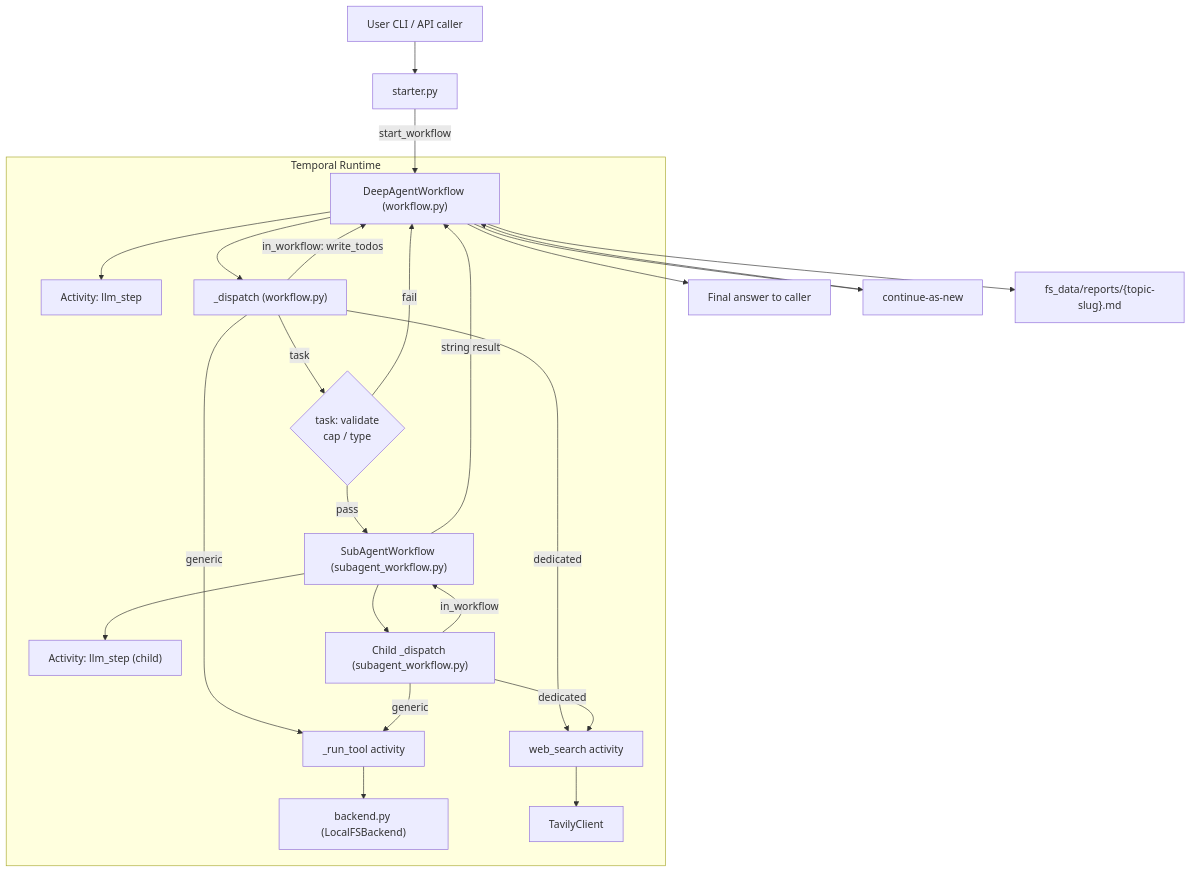
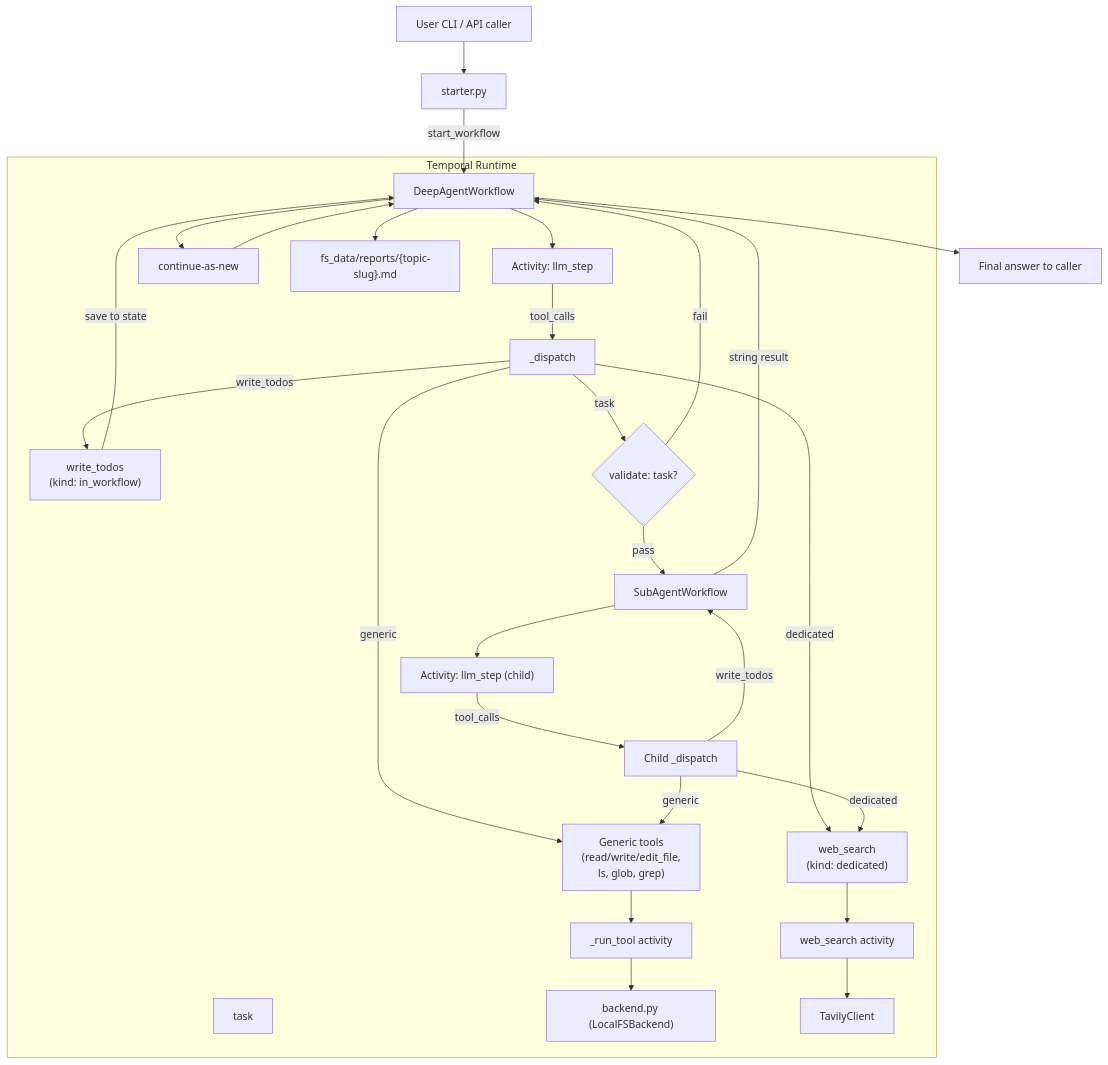
Before and after one commit to Mann10/temporal_deep_agent: the first of 3 diagrams in README.md, drawn with Mermaid.

Commit message:
Add explicit tool nodes to Mermaid architecture diagram

````diff
--- a/README.md
+++ b/README.md
@@ -106,46 +106,61 @@
 ```mermaid
 flowchart TD
     U["User CLI / API caller"]
     S["starter.py"]
 
     U --> S
     S -->|start_workflow| P
 
     subgraph "Temporal Runtime"
-        P["DeepAgentWorkflow (workflow.py)"]
+        P["DeepAgentWorkflow"]
         LLM["Activity: llm_step"]
-        D["_dispatch (workflow.py)"]
-        GR["_run_tool activity"]
+        D["_dispatch"]
+
+        WT["write_todos\n(kind: in_workflow)"]
+        TK["task"]
+        GT["Generic tools\n(read/write/edit_file,\nls, glob, grep)"]
+        WS["web_search\n(kind: dedicated)"]
+
+        RT["_run_tool activity"]
+        WSA["web_search activity"]
         BK["backend.py (LocalFSBackend)"]
-        WS["web_search activity"]
         TV["TavilyClient"]
-        V{"task: validate<br/>cap / type"}
-        CH["SubAgentWorkflow (subagent_workflow.py)"]
+
+        V{"validate: task?"}
+        CH["SubAgentWorkflow"]
         CLLM["Activity: llm_step (child)"]
-        CTK["Child _dispatch (subagent_workflow.py)"]
+        CTK["Child _dispatch"]
+        CR["continue-as-new"]
+        FS["fs_data/reports/{topic-slug}.md"]
 
         P --> LLM
-        P --> D
+        LLM -->|tool_calls| D
 
-        D -->|in_workflow: write_todos| P
-        D -->|generic| GR
-        GR --> BK
-        D -->|dedicated| WS
-        WS --> TV
+        D -->|write_todos| WT
+        WT -->|"save to state"| P
+
         D -->|task| V
         V -->|pass| CH
         V -->|fail| P
 
+        D -->|generic| GT
+        GT --> RT
+        RT --> BK
+
+        D -->|dedicated| WS
+        WS --> WSA
+        WSA --> TV
+
         CH --> CLLM
-        CH --> CTK
-        CTK -->|generic| GR
+        CLLM -->|tool_calls| CTK
+        CTK -->|generic| GT
         CTK -->|dedicated| WS
-        CTK -->|in_workflow| CH
+        CTK -->|write_todos| CH
     end
 
+    CH -->|string result| P
     P --> R["Final answer to caller"]
-    CH -->|string result| P
-    P --> CR["continue-as-new"]
+    P --> CR
     CR --> P
-    P --> FS["fs_data/reports/{topic-slug}.md"]
+    P --> FS
 ```
````
